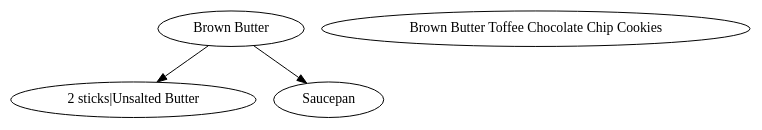
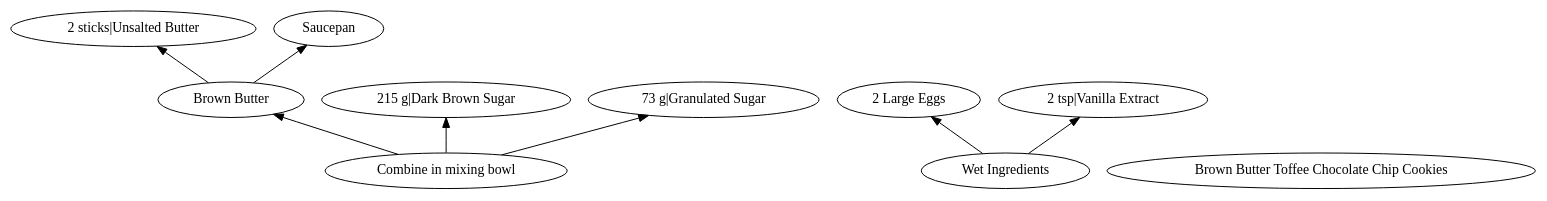
The diagram in bon-appetit/brown-butter-toffee-chocolate-chip-cookies/recipe.dot (isaacsanders/recipes-as-dependency-graphs), drawn with Graphviz before and after one commit.

```diff
--- a/bon-appetit/brown-butter-toffee-chocolate-chip-cookies/recipe.dot
+++ b/bon-appetit/brown-butter-toffee-chocolate-chip-cookies/recipe.dot
@@ -1,9 +1,21 @@
 digraph recipe {
+rankdir=BT
   node [type=record];
   butter [label="2 sticks|Unsalted Butter"];
   saucepan [type=diamond, label="Saucepan"];
   brown_butter [label="Brown Butter"];
   brown_butter -> butter;
   brown_butter -> saucepan;
+  dark_brown_sugar [label="215 g|Dark Brown Sugar"];
+  granulated_sugar [label="73 g|Granulated Sugar"];
+  sugar_and_butter [label="Combine in mixing bowl"];
+  sugar_and_butter -> dark_brown_sugar;
+  sugar_and_butter -> granulated_sugar;
+  sugar_and_butter -> brown_butter;
+  eggs [label="2 Large Eggs"];
+  vanilla [label="2 tsp|Vanilla Extract"];
+  wet_ingredients [label="Wet Ingredients"];
+  wet_ingredients -> eggs;
+  wet_ingredients -> vanilla;
   cookies [label="Brown Butter Toffee Chocolate Chip Cookies"];
 }
```
